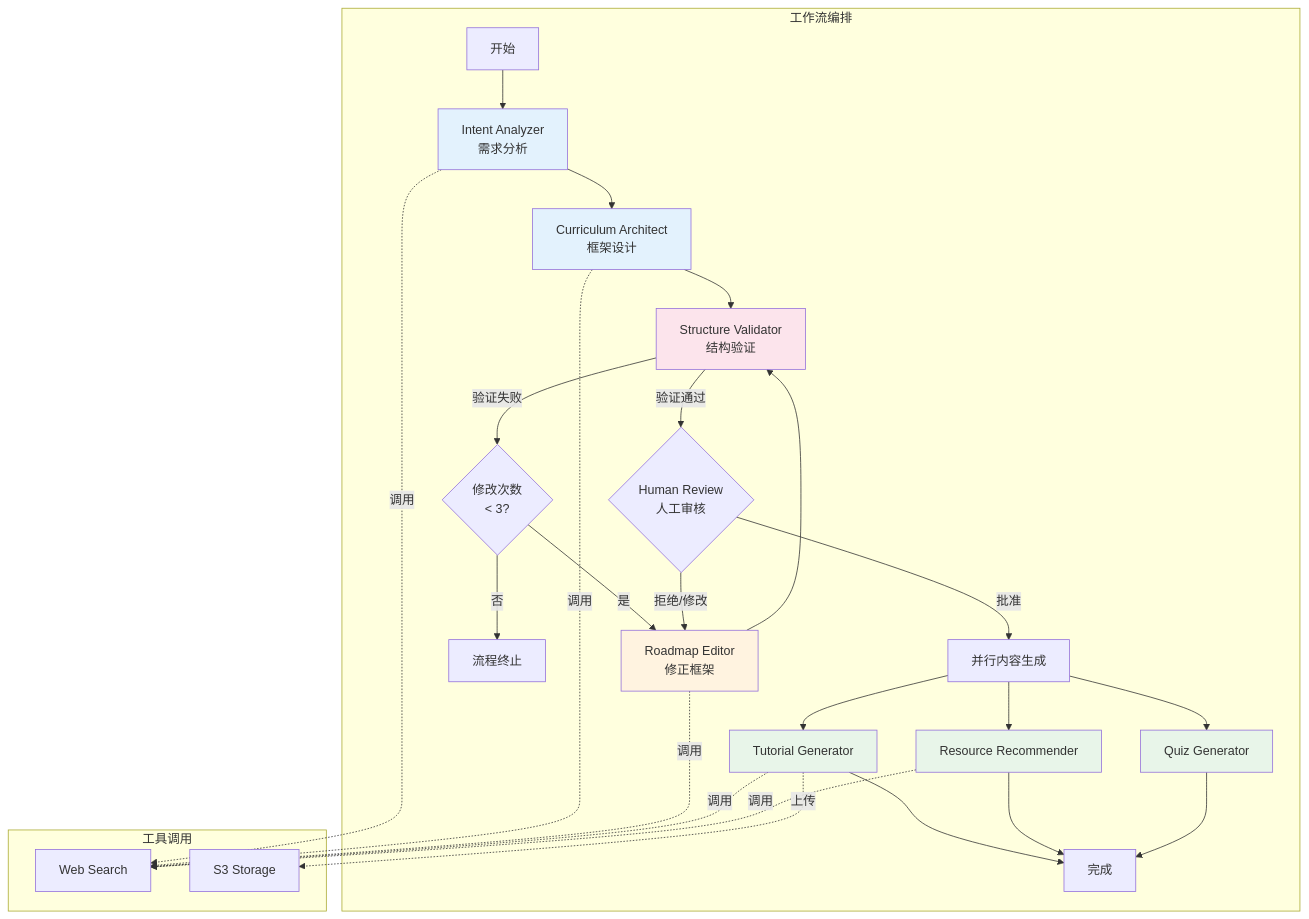
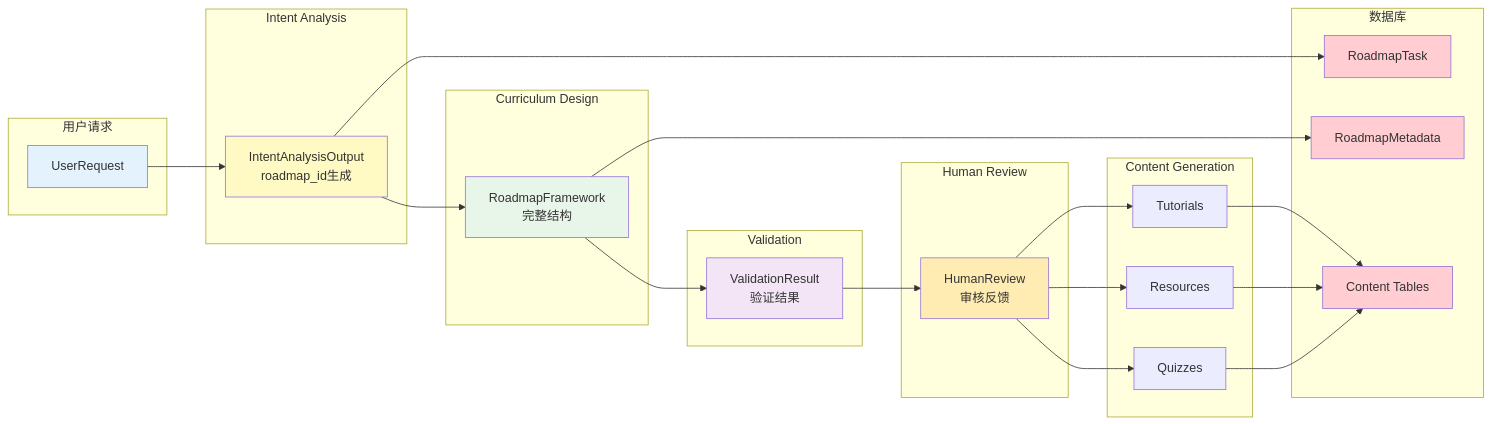
The sixth of 8 diagrams in backend/AGENT.md (741311791/roadmap-agent), drawn with Mermaid before and after one commit. The commit also changed other lines of this file and 276 other files, not shown here.

````diff
--- a/backend/AGENT.md
+++ b/backend/AGENT.md
@@ -205,42 +491,56 @@
 ```mermaid
-graph TB
-    subgraph "工作流编排"
-        START[开始] --> A1[Intent Analyzer<br/>需求分析]
-        A1 --> A2[Curriculum Architect<br/>框架设计]
-        A2 --> A3[Structure Validator<br/>结构验证]
-        
-        A3 -->|验证失败| CHECK{修改次数<br/>< 3?}
-        CHECK -->|是| A2E[Roadmap Editor<br/>修正框架]
-        A2E --> A3
-        CHECK -->|否| FAIL[流程终止]
-        
-        A3 -->|验证通过| HUMAN{Human Review<br/>人工审核}
-        HUMAN -->|拒绝/修改| A2E
-        HUMAN -->|批准| PARALLEL[并行内容生成]
-        
-        PARALLEL --> A4[Tutorial Generator]
-        PARALLEL --> A5[Resource Recommender]
-        PARALLEL --> A6[Quiz Generator]
-        
-        A4 --> END[完成]
-        A5 --> END
-        A6 --> END
+graph LR
+    subgraph "用户请求"
+        UR[UserRequest]
     end
     
-    subgraph "工具调用"
-        A1 -.->|调用| T1[Web Search]
-        A2 -.->|调用| T1
-        A2E -.->|调用| T1
-        A4 -.->|调用| T1
-        A4 -.->|上传| T2[S3 Storage]
-        A5 -.->|调用| T1
+    subgraph "Intent Analysis"
+        IA[IntentAnalysisOutput<br/>roadmap_id生成]
     end
     
-    style A1 fill:#e3f2fd
-    style A2 fill:#e3f2fd
-    style A2E fill:#fff3e0
-    style A3 fill:#fce4ec
-    style A4 fill:#e8f5e9
-    style A5 fill:#e8f5e9
-    style A6 fill:#e8f5e9
+    subgraph "Curriculum Design"
+        RF[RoadmapFramework<br/>完整结构]
+    end
+    
+    subgraph "Validation"
+        VR[ValidationResult<br/>验证结果]
+    end
+    
+    subgraph "Human Review"
+        HR[HumanReview<br/>审核反馈]
+    end
+    
+    subgraph "Content Generation"
+        TUT[Tutorials]
+        RES[Resources]
+        QZ[Quizzes]
+    end
+    
+    subgraph "数据库"
+        TASK[RoadmapTask]
+        META[RoadmapMetadata]
+        CONTENT[Content Tables]
+    end
+    
+    UR --> IA
+    IA --> RF
+    IA --> TASK
+    RF --> VR
+    RF --> META
+    VR --> HR
+    HR --> TUT
+    HR --> RES
+    HR --> QZ
+    TUT --> CONTENT
+    RES --> CONTENT
+    QZ --> CONTENT
+    
+    style UR fill:#e3f2fd
+    style IA fill:#fff9c4
+    style RF fill:#e8f5e9
+    style VR fill:#f3e5f5
+    style HR fill:#ffecb3
+    style TASK fill:#ffcdd2
+    style META fill:#ffcdd2
+    style CONTENT fill:#ffcdd2
 ```
````
